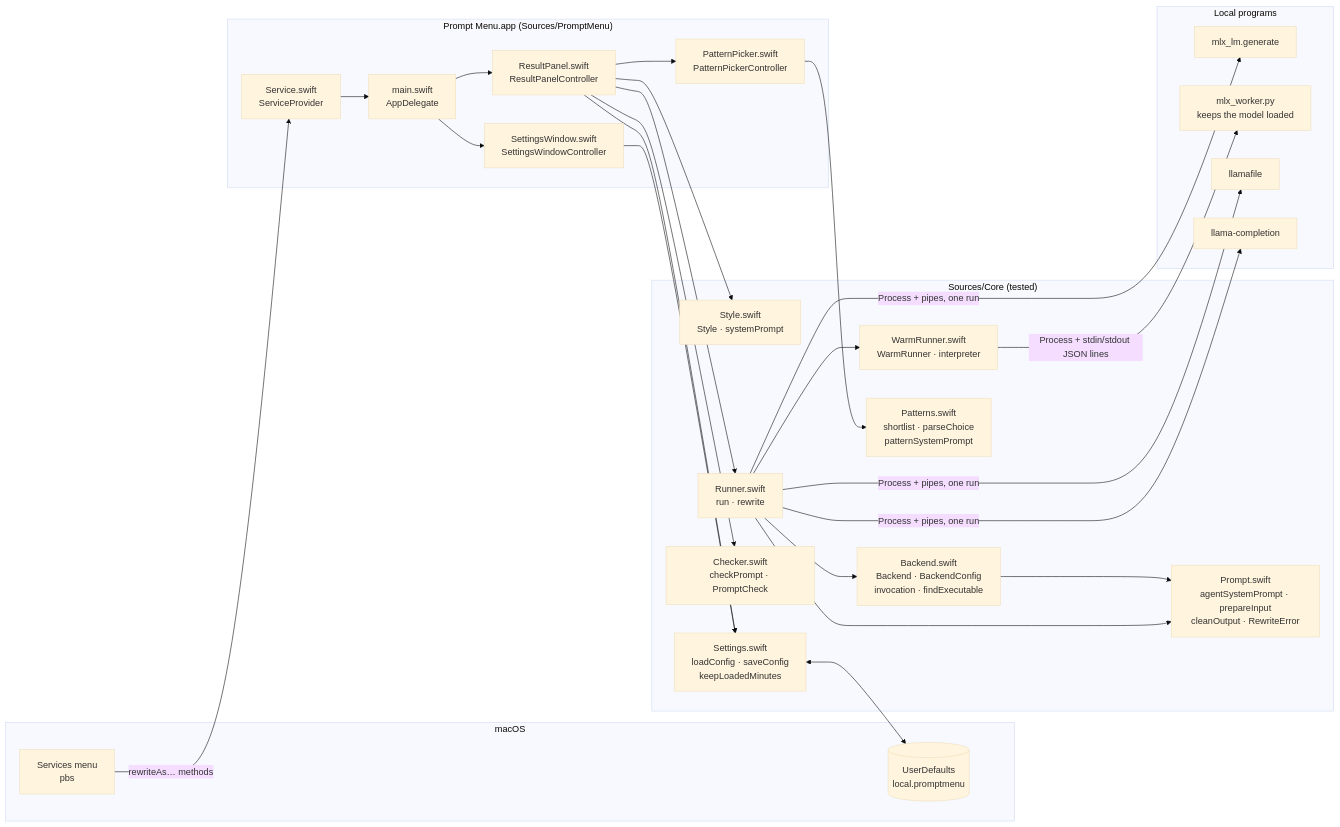
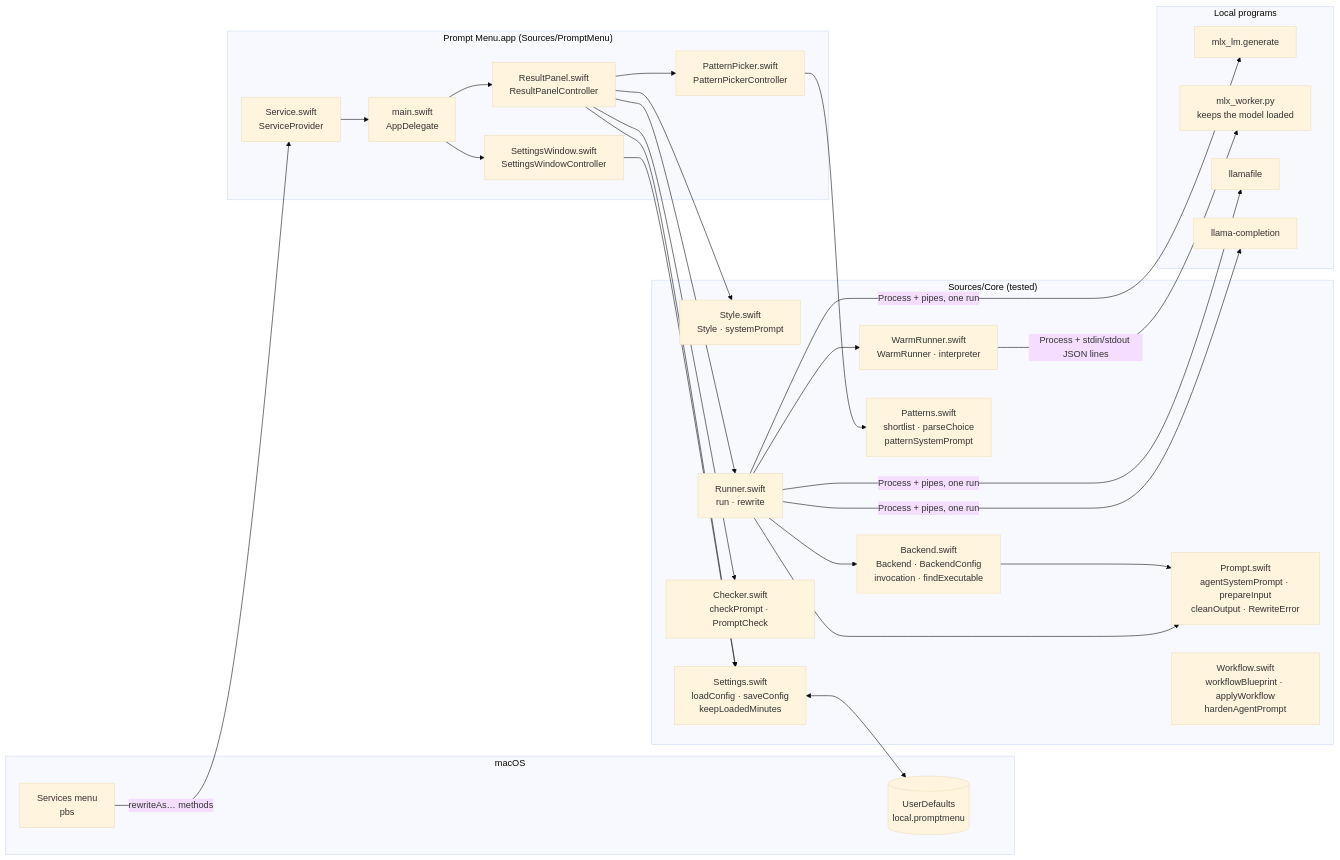
The first of 2 diagrams in docs/ARCHITECTURE.md (jdgiles26/prompt-menu), drawn with Mermaid (base theme) before and after one commit. The commit also changed other lines of this file and 23 other files, not shown here.

````diff
--- a/docs/ARCHITECTURE.md
+++ b/docs/ARCHITECTURE.md
@@ -11,45 +11,46 @@
 ```mermaid
 flowchart LR
     subgraph macOS
         SRV[Services menu<br/>pbs]
         DEF[(UserDefaults<br/>local.promptmenu)]
     end
     subgraph App["Prompt Menu.app (Sources/PromptMenu)"]
         MAIN[main.swift<br/>AppDelegate]
         SVC[Service.swift<br/>ServiceProvider]
         PANEL[ResultPanel.swift<br/>ResultPanelController]
         PICK[PatternPicker.swift<br/>PatternPickerController]
         SET[SettingsWindow.swift<br/>SettingsWindowController]
     end
     subgraph Core["Sources/Core (tested)"]
         STYLE[Style.swift<br/>Style · systemPrompt]
         PROMPT[Prompt.swift<br/>agentSystemPrompt · prepareInput<br/>cleanOutput · RewriteError]
         BACK[Backend.swift<br/>Backend · BackendConfig<br/>invocation · findExecutable]
         RUN[Runner.swift<br/>run · rewrite]
         WARM[WarmRunner.swift<br/>WarmRunner · interpreter]
         CHECK[Checker.swift<br/>checkPrompt · PromptCheck]
         PAT[Patterns.swift<br/>shortlist · parseChoice<br/>patternSystemPrompt]
+        WF[Workflow.swift<br/>workflowBlueprint · applyWorkflow<br/>hardenAgentPrompt]
         SETS[Settings.swift<br/>loadConfig · saveConfig<br/>keepLoadedMinutes]
     end
     subgraph Runners["Local programs"]
         MLX[mlx_lm.generate]
         WORKER[mlx_worker.py<br/>keeps the model loaded]
         LF[llamafile]
         LC[llama-completion]
     end
     SRV -->|rewriteAs… methods| SVC --> MAIN --> PANEL
     MAIN --> SET
     PANEL --> RUN
     PANEL --> CHECK
     PANEL --> PICK --> PAT
     SET --> SETS
     PANEL --> SETS
     SETS <--> DEF
     RUN --> PROMPT
     RUN --> BACK
     RUN --> WARM
     PANEL --> STYLE
     BACK --> PROMPT
     RUN -->|Process + pipes, one run| MLX & LF & LC
     WARM -->|Process + stdin/stdout JSON lines| WORKER
 ```
````
